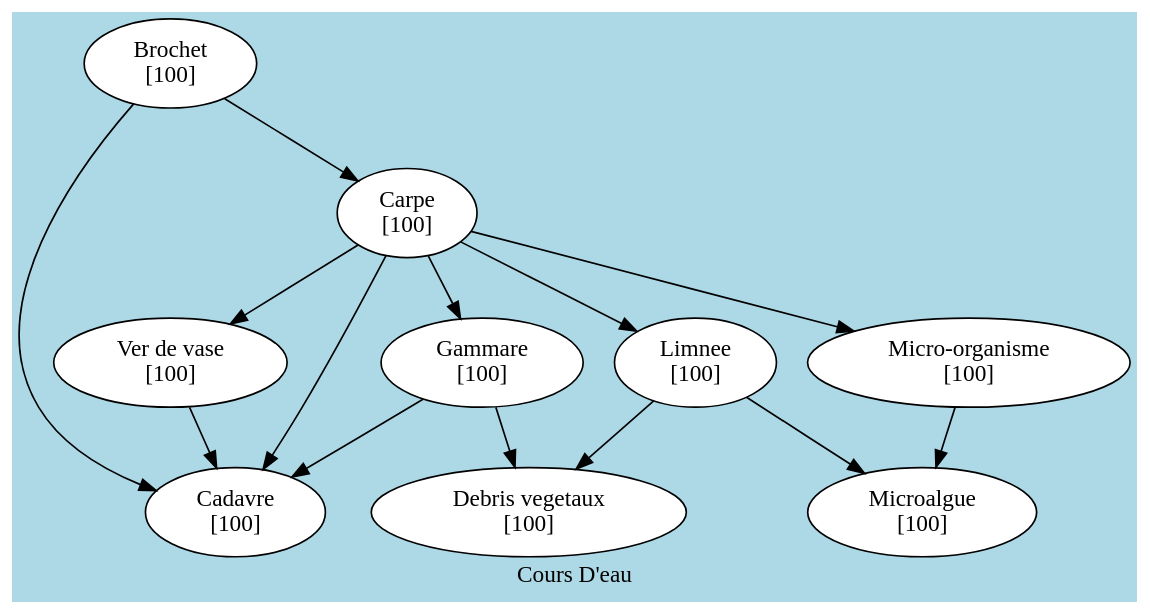
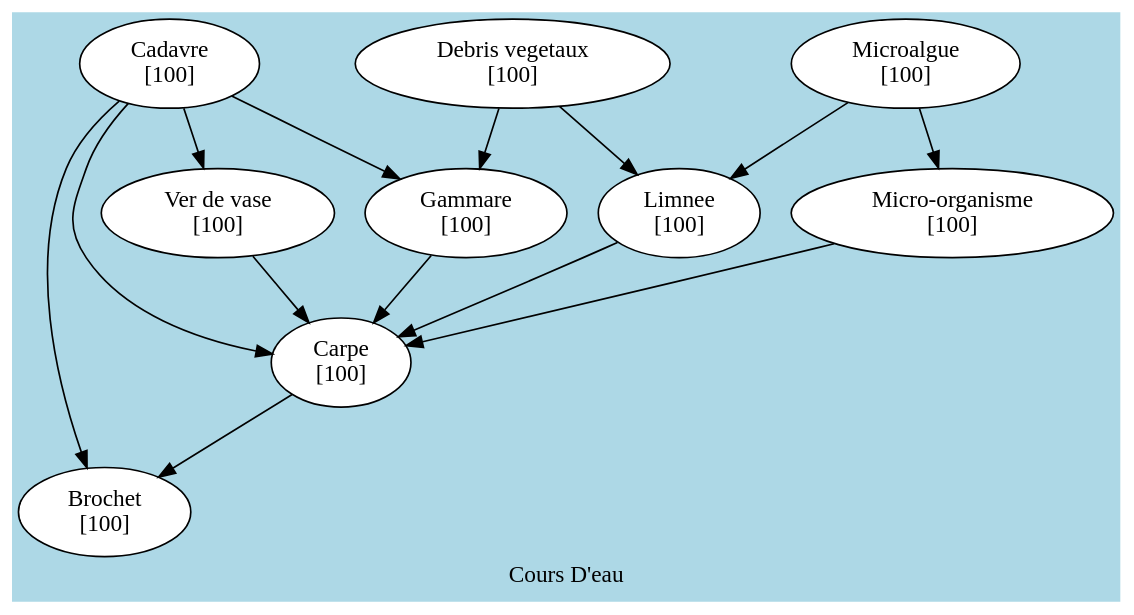
The diagram in GrapheDOT/cours_d_eau.dot (GTHBgaby/4H-ReseauxTrophiques), drawn with Graphviz before and after one commit. The commit also changed 2 other files, not shown here.

Commit message:
correction du sens des 3 graphs

```diff
--- a/GrapheDOT/cours_d_eau.dot
+++ b/GrapheDOT/cours_d_eau.dot
@@ -1,46 +1,45 @@
 digraph multigraphe {
     rankdir=TB; // du haut vers le bas
     compound=true;
     newrank=true;
 
     label = "Cours D'eau"
     bgcolor = "lightblue";
     node [shape=ellipse, style=filled, fillcolor=white];
 
     "Limnee" [label="Limnee\n[100]"]
     "Debris vegetaux" [label="Debris vegetaux\n[100]"]
     "Gammare" [label="Gammare\n[100]"]
     "Micro-organisme" [label="Micro-organisme\n[100]"]
     "Microalgue" [label="Microalgue\n[100]"]
     "Ver de vase" [label="Ver de vase\n[100]"]
     "Cadavre" [label="Cadavre\n[100]"]
     "Carpe" [label="Carpe\n[100]"]
     "Brochet" [label="Brochet\n[100]"]
 
-    "Limnee" -> "Debris vegetaux"
-    "Gammare" -> "Debris vegetaux"
+    "Debris vegetaux" ->"Limnee"
+    "Debris vegetaux"->"Gammare"
 
-    "Micro-organisme" -> "Microalgue"
-    "Limnee" -> "Microalgue"
+     "Microalgue"->"Micro-organisme"
+     "Microalgue" ->"Limnee"
 
-    "Ver de vase" -> "Cadavre"
-    "Gammare" -> "Cadavre"
-    "Carpe" -> "Cadavre"
-    "Brochet" -> "Cadavre"
+     "Cadavre" ->"Ver de vase"
+    "Cadavre" ->"Gammare"
+     "Cadavre"->"Carpe"
+     "Cadavre"->"Brochet"
+     "Ver de vase"->"Carpe"
+    "Micro-organisme"-> "Carpe"
+    "Limnee"->"Carpe"
+    "Gammare"->"Carpe"
 
-    "Carpe" -> "Ver de vase"
-    "Carpe" -> "Micro-organisme"
-    "Carpe" -> "Limnee"
-    "Carpe" -> "Gammare"
-
-    "Brochet" -> "Carpe"
+    "Carpe"->"Brochet"
 
     {rank=same; "Debris vegetaux"}
     {rank=same; "Microalgue"}
     {rank=same; "Cadavre"}
     {rank=same; "Ver de vase"}
     {rank=same; "Micro-organisme"}
     {rank=same; "Limnee"}
     {rank=same; "Gammare"}
     {rank=same; "Brochet"}
 }
```
